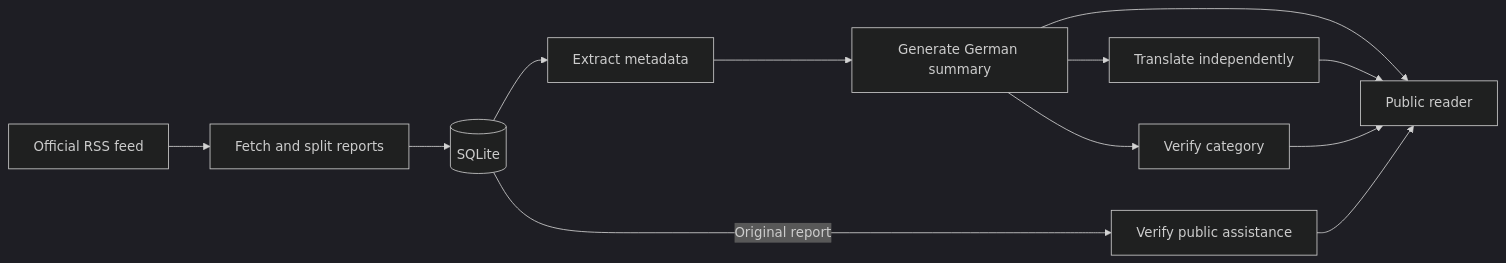
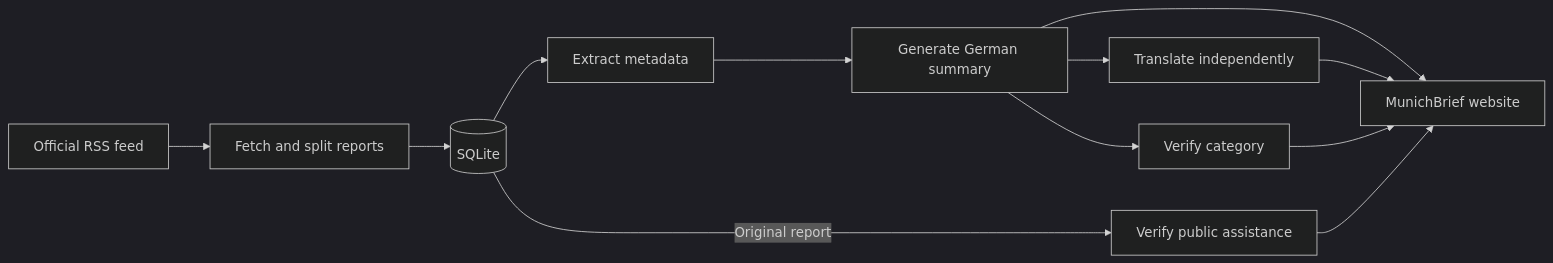
Before and after one commit to egekocabas/munichbrief: the diagram in docs/architecture.md, drawn with Mermaid (dark theme). The commit also changed other lines of this file and 9 other files, not shown here.

````diff
--- a/docs/architecture.md
+++ b/docs/architecture.md
@@ -6,14 +6,14 @@
 ```mermaid
 flowchart LR
     Source[Official RSS feed] --> Parser[Fetch and split reports]
     Parser --> Store[(SQLite)]
     Store --> Metadata[Extract metadata]
     Metadata --> German[Generate German summary]
     German --> Translate[Translate independently]
     German --> Category[Verify category]
     Store -->|Original report| Assistance[Verify public assistance]
-    German --> Reader[Public reader]
-    Translate --> Reader
-    Category --> Reader
-    Assistance --> Reader
+    German --> Website[MunichBrief website]
+    Translate --> Website
+    Category --> Website
+    Assistance --> Website
 ```
````
